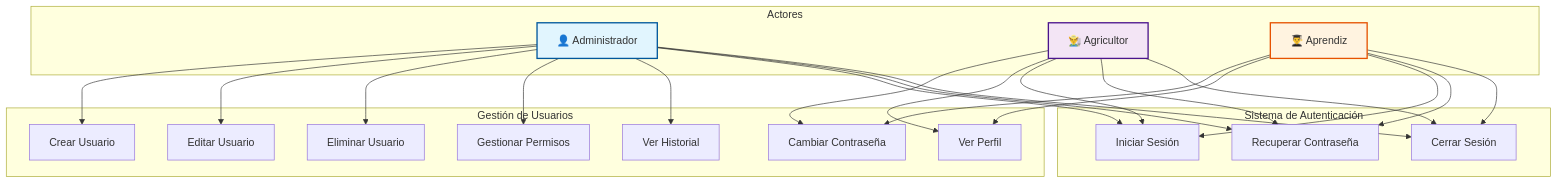
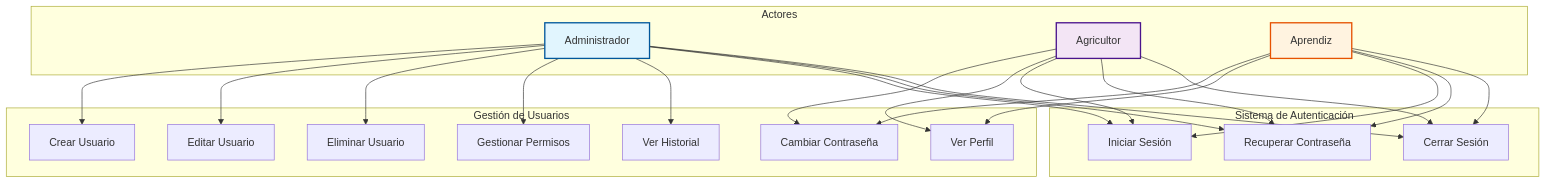
Before and after one commit to KERLINFIGUEROA0/ProyectoFormativoAgrotech: the eighth of 13 diagrams in documentacion/src/content/docs/arquitectura.md, drawn with Mermaid. The commit also changed other lines of this file and 14 other files, not shown here.

````diff
--- a/documentacion/src/content/docs/arquitectura.md
+++ b/documentacion/src/content/docs/arquitectura.md
@@ -495,53 +495,53 @@
 ```mermaid
 graph TD
     subgraph "Actores"
-        A1[👤 Administrador]
-        A2[👨‍🌾 Agricultor]
-        A3[👨‍🎓 Aprendiz]
+        A1[Administrador]
+        A2[Agricultor]
+        A3[Aprendiz]
     end
 
     subgraph "Gestión de Usuarios"
         UC1[Crear Usuario]
         UC2[Editar Usuario]
         UC3[Eliminar Usuario]
         UC4[Cambiar Contraseña]
         UC5[Gestionar Permisos]
         UC6[Ver Perfil]
         UC7[Ver Historial]
     end
 
     subgraph "Sistema de Autenticación"
         UC8[Iniciar Sesión]
         UC9[Recuperar Contraseña]
         UC10[Cerrar Sesión]
     end
 
     A1 --> UC1
     A1 --> UC2
     A1 --> UC3
     A1 --> UC5
     A1 --> UC7
     A1 --> UC8
     A1 --> UC9
     A1 --> UC10
 
     A2 --> UC4
     A2 --> UC6
     A2 --> UC8
     A2 --> UC9
     A2 --> UC10
 
     A3 --> UC4
     A3 --> UC6
     A3 --> UC8
     A3 --> UC9
     A3 --> UC10
 
     classDef admin fill:#e1f5fe,stroke:#01579b,stroke-width:2px
     classDef user fill:#f3e5f5,stroke:#4a148c,stroke-width:2px
     classDef aprendiz fill:#fff3e0,stroke:#e65100,stroke-width:2px
 
     class A1 admin
     class A2 user
     class A3 aprendiz
 ```
````
